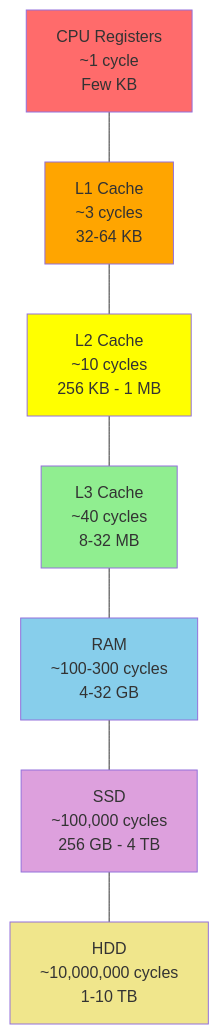
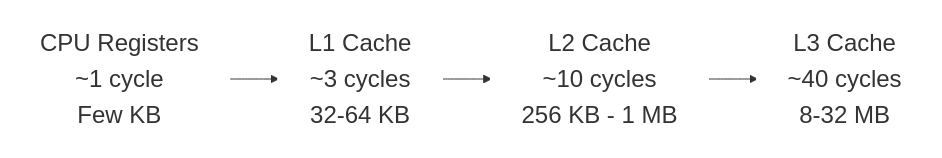
One commit to MindaugasSarpis/CERN_lessons_on_data_analysis changed the second of 3 diagrams in lectures/content/slides/L4_Computing_Infrastructure.md. Above: the diagram before and after it, drawn with Mermaid. The commit also changed other lines of this file and 6 other files, not shown here.

````diff
--- a/lectures/content/slides/L4_Computing_Infrastructure.md
+++ b/lectures/content/slides/L4_Computing_Infrastructure.md
@@ -347,20 +349,14 @@
 ```mermaid
-graph TD
-    A[CPU Registers<br/>~1 cycle<br/>Few KB] 
-    B[L1 Cache<br/>~3 cycles<br/>32-64 KB]
-    C[L2 Cache<br/>~10 cycles<br/>256 KB - 1 MB]
-    D[L3 Cache<br/>~40 cycles<br/>8-32 MB]
-    E[RAM<br/>~100-300 cycles<br/>4-32 GB]
-    F[SSD<br/>~100,000 cycles<br/>256 GB - 4 TB]
-    G[HDD<br/>~10,000,000 cycles<br/>1-10 TB]
-    
-    A --- B --- C --- D --- E --- F --- G
-    
-    style A fill:#ff6b6b
-    style B fill:#ffa500
-    style C fill:#ffff00
-    style D fill:#90ee90
-    style E fill:#87ceeb
-    style F fill:#dda0dd
-    style G fill:#f0e68c
+graph LR
+    A[CPU Registers<br/>~1 cycle<br/>Few KB] --> 
+    B[L1 Cache<br/>~3 cycles<br/>32-64 KB] -->
+    C[L2 Cache<br/>~10 cycles<br/>256 KB - 1 MB] -->
+    D[L3 Cache<br/>~40 cycles<br/>8-32 MB]    
+
+    classDef box fill:none,stroke:white,stroke-width:3px,font-size:24px;
+
+    class A box;
+    class B box;
+    class C box;
+    class D box;
 ```
````
